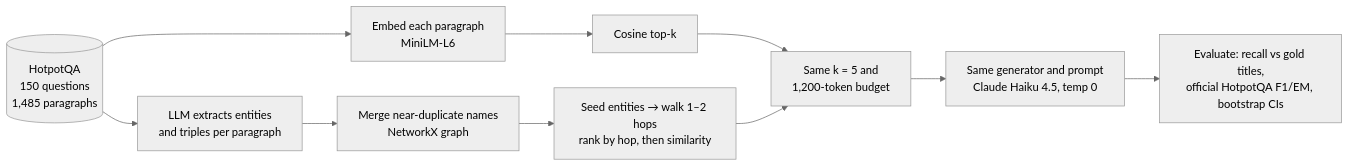
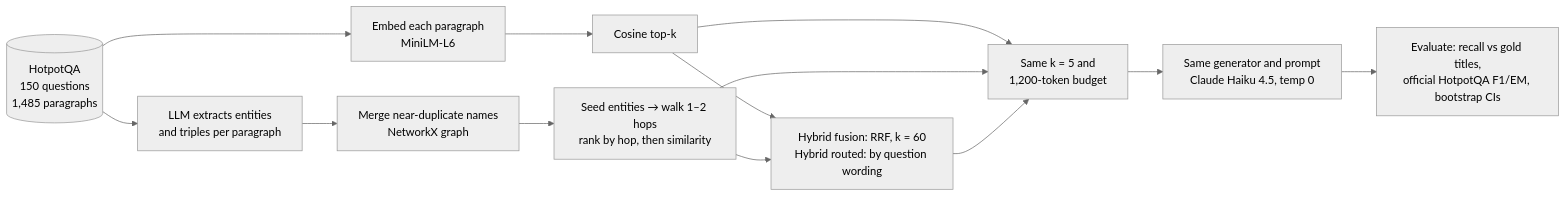
One commit to hassaballa1/graph-vs-chunk-rag changed the diagram in README.md. Above: the diagram before and after it, drawn with Mermaid (neutral theme). The commit also changed other lines of this file and 2131 other files, not shown here.

First line of the commit message:
Add 2WikiMultiHopQA, hybrid pipelines and Graph v2

````diff
--- a/README.md
+++ b/README.md
@@ -16,12 +37,15 @@
 ```mermaid
 flowchart LR
     D[(HotpotQA<br/>150 questions<br/>1,485 paragraphs)] --> C1[Embed each paragraph<br/>MiniLM-L6]
     D --> G1[LLM extracts entities<br/>and triples per paragraph]
     G1 --> G2[Merge near-duplicate names<br/>NetworkX graph]
     C1 --> C2[Cosine top-k]
     G2 --> G3[Seed entities → walk 1–2 hops<br/>rank by hop, then similarity]
+    C2 --> H[Hybrid fusion: RRF, k = 60<br/>Hybrid routed: by question wording]
+    G3 --> H
     C2 --> B[Same k = 5 and<br/>1,200-token budget]
     G3 --> B
+    H --> B
     B --> L[Same generator and prompt<br/>Claude Haiku 4.5, temp 0]
     L --> E[Evaluate: recall vs gold titles,<br/>official HotpotQA F1/EM, bootstrap CIs]
 ```
````
